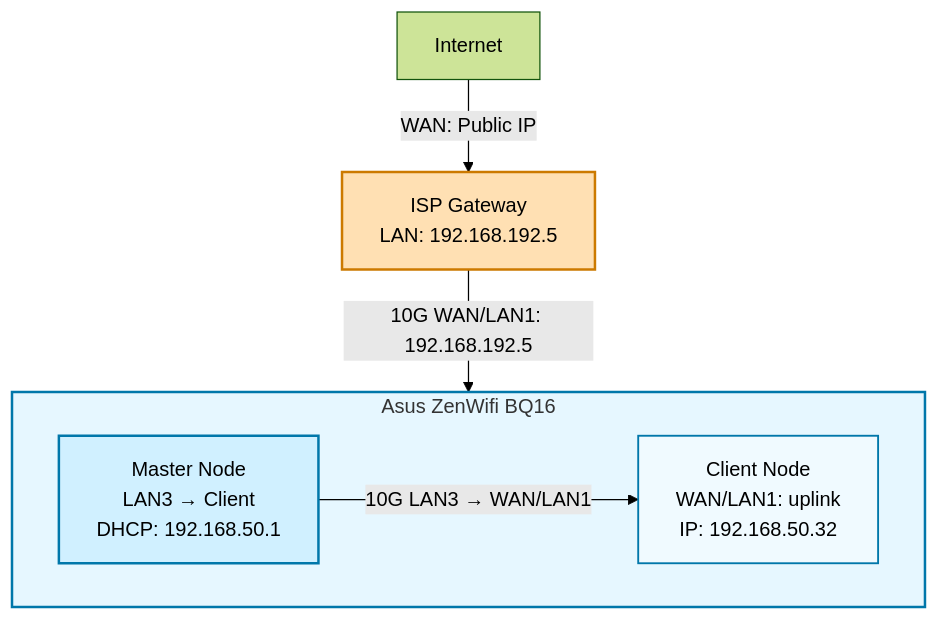
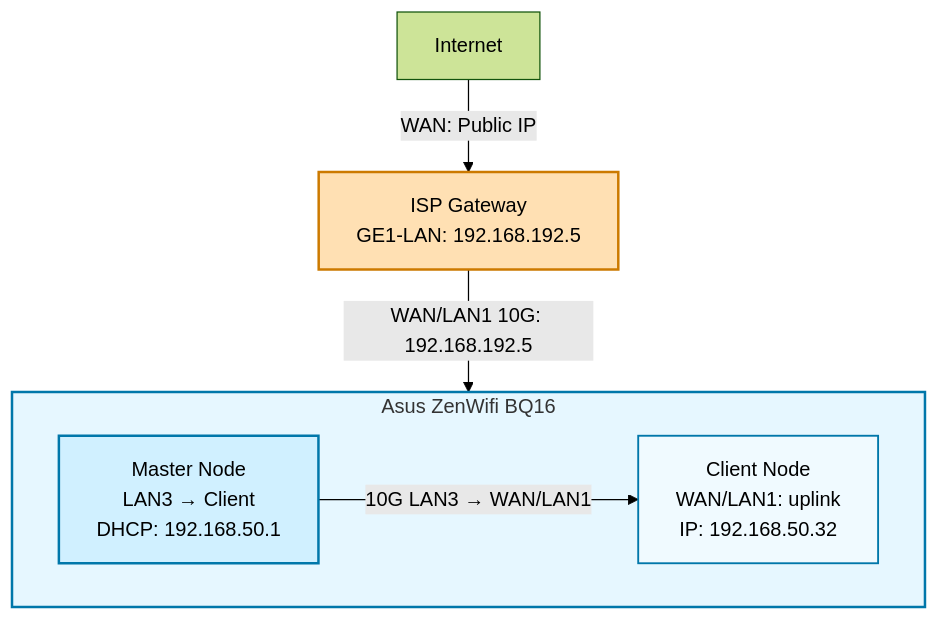
The diagram in Research/architecture.md (lukkeutgens/Homelab), drawn with Mermaid (forest theme) before and after one commit. The commit also changed other lines of this file, not shown here.

````diff
--- a/Research/architecture.md
+++ b/Research/architecture.md
@@ -22,16 +4,16 @@
 ```mermaid
 flowchart TD
-    A[Internet] -->|WAN: Public IP| B[ISP Gateway<br/>LAN: 192.168.192.5]
-    B -->|10G WAN/LAN1: 192.168.192.5| ZW[Asus ZenWifi BQ16]
+    A[Internet] -->|WAN: Public IP| B[ISP Gateway<br/>GE1-LAN: 192.168.192.5]
+    B -->|WAN/LAN1 10G: 192.168.192.5| ZW[Asus ZenWifi BQ16]
 
     subgraph ZW [Asus ZenWifi BQ16]
         C[Master Node<br/>LAN3 → Client<br/>DHCP: 192.168.50.1]
         D[Client Node<br/>WAN/LAN1: uplink<br/>IP: 192.168.50.32]
         C -->|10G LAN3 → WAN/LAN1| D
     end
 
     style ZW fill:#e6f7ff,stroke:#0077aa,stroke-width:2px
     style C fill:#d0f0ff,stroke:#0077aa,stroke-width:2px
     style D fill:#f0faff,stroke:#0077aa,stroke-width:1.5px
     style B fill:#ffe0b3,stroke:#cc7a00,stroke-width:2px
 ```
````
